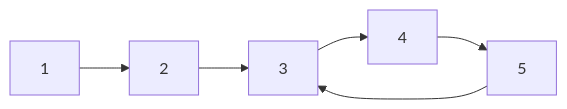
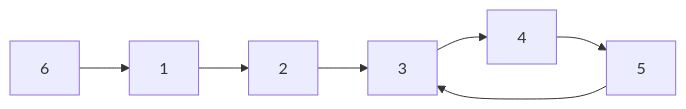
Before and after one commit to vantupham/ebook-lap-trinh-thi-dau: the diagram in tap-2-cau-truc-du-lieu/bai-2-8-dsu-do-thi-ham/README.md, drawn with Mermaid. The commit also changed other lines of this file and 992 other files, not shown here.

````diff
--- a/tap-2-cau-truc-du-lieu/bai-2-8-dsu-do-thi-ham/README.md
+++ b/tap-2-cau-truc-du-lieu/bai-2-8-dsu-do-thi-ham/README.md
@@ -104,4 +210,5 @@
 ```mermaid
 flowchart LR
     A["1"] --> B["2"] --> C["3"] --> D["4"] --> E["5"] --> C
+    F["6"] --> A
 ```
````
